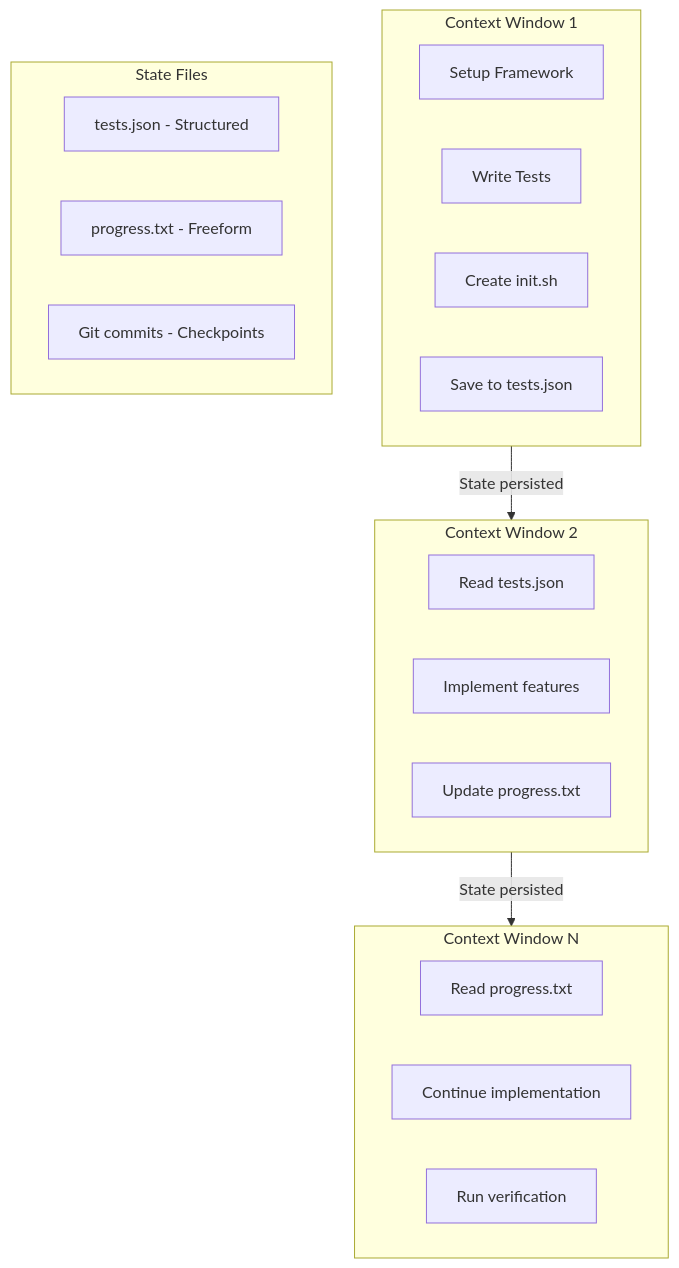
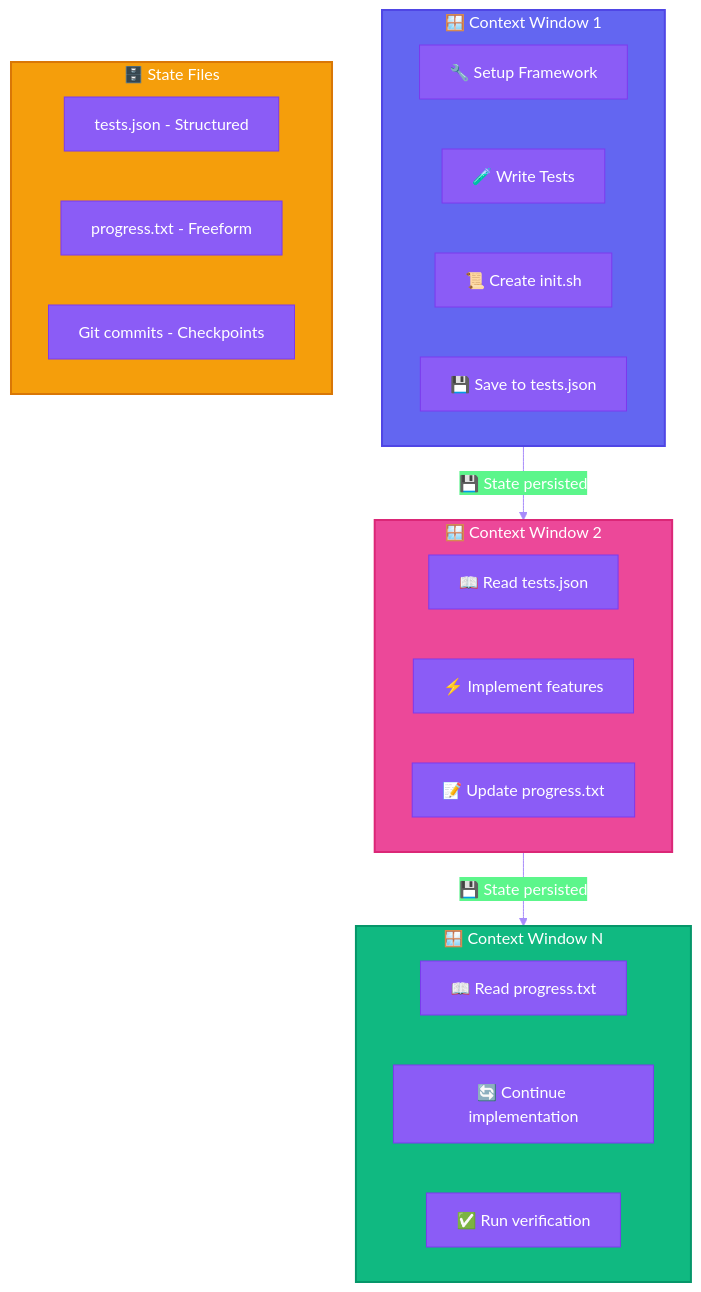
Before and after one commit to ThibautMelen/agentic-ai-systems: the first of 5 diagrams in patterns/05-multi-window-context.md, drawn with Mermaid. The commit also changed other lines of this file and 7 other files, not shown here.

First line of the commit message:
style(diagrams): add vibrant colors to all Mermaid diagrams

````diff
--- a/patterns/05-multi-window-context.md
+++ b/patterns/05-multi-window-context.md
@@ -13,30 +13,36 @@
 ```mermaid
+%%{init: {'theme': 'base', 'themeVariables': { 'primaryColor': '#8b5cf6', 'primaryTextColor': '#ffffff', 'primaryBorderColor': '#7c3aed', 'lineColor': '#a78bfa'}}}%%
 flowchart TB
-    subgraph Window1["Context Window 1"]
-        W1A[Setup Framework]
-        W1B[Write Tests]
-        W1C[Create init.sh]
-        W1D[Save to tests.json]
+    subgraph Window1["🪟 Context Window 1"]
+        W1A[🔧 Setup Framework]
+        W1B[🧪 Write Tests]
+        W1C[📜 Create init.sh]
+        W1D[💾 Save to tests.json]
     end
 
-    subgraph Window2["Context Window 2"]
-        W2A[Read tests.json]
-        W2B[Implement features]
-        W2C[Update progress.txt]
+    subgraph Window2["🪟 Context Window 2"]
+        W2A[📖 Read tests.json]
+        W2B[⚡ Implement features]
+        W2C[📝 Update progress.txt]
     end
 
-    subgraph Window3["Context Window N"]
-        W3A[Read progress.txt]
-        W3B[Continue implementation]
-        W3C[Run verification]
+    subgraph Window3["🪟 Context Window N"]
+        W3A[📖 Read progress.txt]
+        W3B[🔄 Continue implementation]
+        W3C[✅ Run verification]
     end
 
-    Window1 -->|State persisted| Window2
-    Window2 -->|State persisted| Window3
+    Window1 -->|💾 State persisted| Window2
+    Window2 -->|💾 State persisted| Window3
 
-    subgraph StateFiles["State Files"]
+    subgraph StateFiles["🗄️ State Files"]
         SF1[tests.json - Structured]
         SF2[progress.txt - Freeform]
         SF3[Git commits - Checkpoints]
     end
+
+    style Window1 fill:#6366f1,stroke:#4f46e5,stroke-width:2px,color:#ffffff
+    style Window2 fill:#ec4899,stroke:#db2777,stroke-width:2px,color:#ffffff
+    style Window3 fill:#10b981,stroke:#059669,stroke-width:2px,color:#ffffff
+    style StateFiles fill:#f59e0b,stroke:#d97706,stroke-width:2px,color:#ffffff
 ```
````
